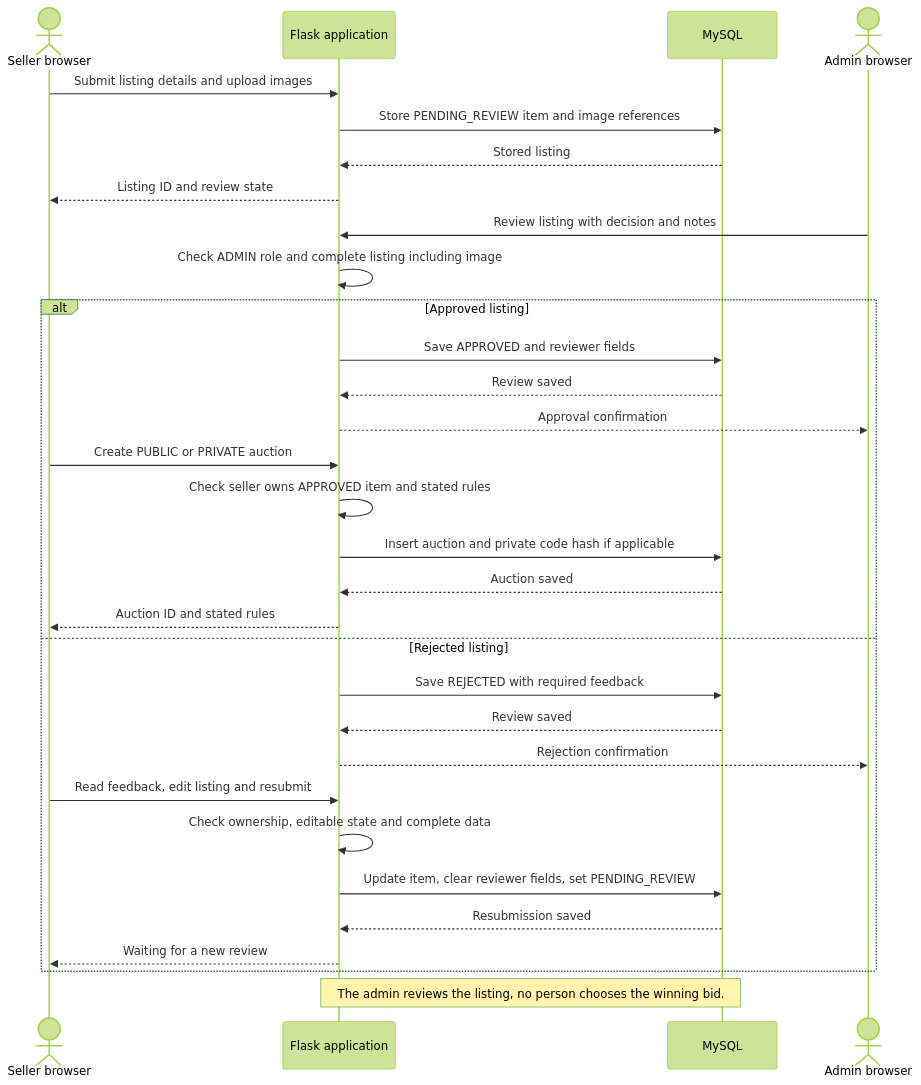
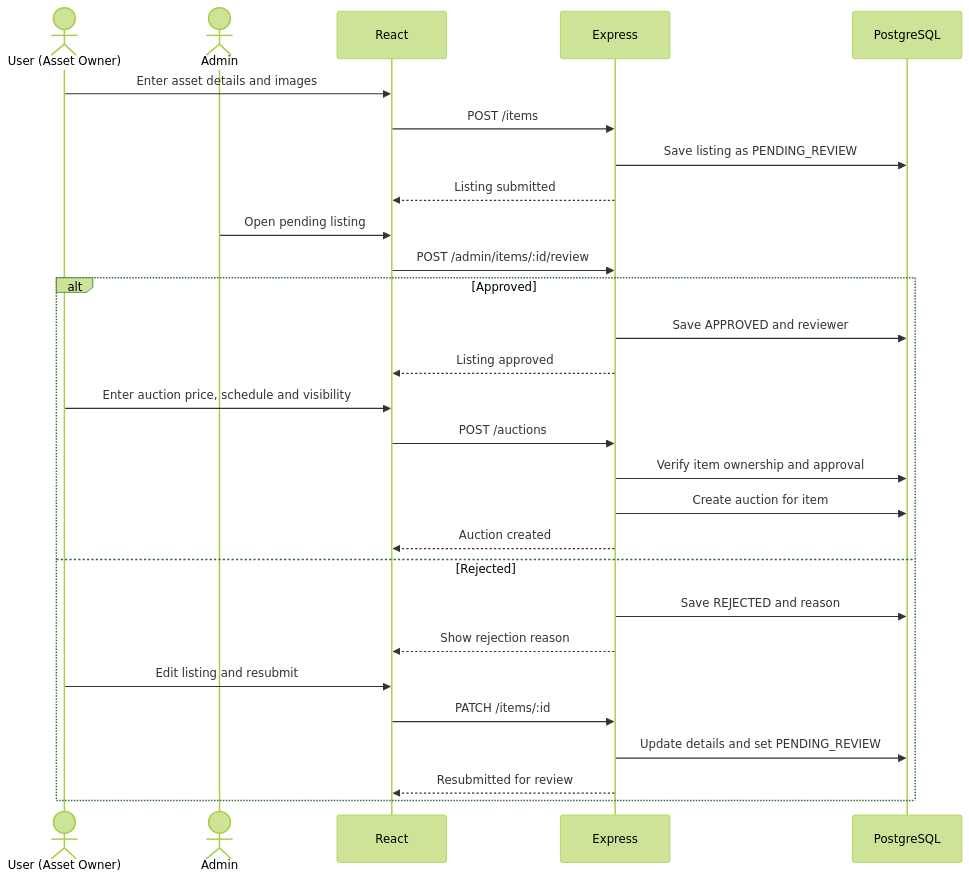
One commit to ghadi0alzhrani0/testing-mz changed the fifth of 8 diagrams in Stage_3/Report.MD. Above: the diagram before and after it, drawn with Mermaid (forest theme). The commit also changed other lines of this file, not shown here.

````diff
--- a/Stage_3/Report.MD
+++ b/Stage_3/Report.MD
@@ -419,35 +352,30 @@
 ```mermaid
 sequenceDiagram
-    actor seller as Seller browser
-    participant app as Flask application
-    participant db as MySQL
-    actor admin as Admin browser
-
-    seller->>app: Submit listing details and upload images
-    app->>db: Store PENDING_REVIEW item and image references
-    db-->>app: Stored listing
-    app-->>seller: Listing ID and review state
-    admin->>app: Review listing with decision and notes
-    app->>app: Check ADMIN role and complete listing including image
-
-    alt Approved listing
-        app->>db: Save APPROVED and reviewer fields
-        db-->>app: Review saved
-        app-->>admin: Approval confirmation
-        seller->>app: Create PUBLIC or PRIVATE auction
-        app->>app: Check seller owns APPROVED item and stated rules
-        app->>db: Insert auction and private code hash if applicable
-        db-->>app: Auction saved
-        app-->>seller: Auction ID and stated rules
-    else Rejected listing
-        app->>db: Save REJECTED with required feedback
-        db-->>app: Review saved
-        app-->>admin: Rejection confirmation
-        seller->>app: Read feedback, edit listing and resubmit
-        app->>app: Check ownership, editable state and complete data
-        app->>db: Update item, clear reviewer fields, set PENDING_REVIEW
-        db-->>app: Resubmission saved
-        app-->>seller: Waiting for a new review
-    end
-    Note over app,db: The admin reviews the listing, no person chooses the winning bid.
+  actor Owner as User (Asset Owner)
+  actor Admin
+  participant UI as React
+  participant API as Express
+  participant DB as PostgreSQL
+  Owner->>UI: Enter asset details and images
+  UI->>API: POST /items
+  API->>DB: Save listing as PENDING_REVIEW
+  API-->>UI: Listing submitted
+  Admin->>UI: Open pending listing
+  UI->>API: POST /admin/items/:id/review
+  alt Approved
+    API->>DB: Save APPROVED and reviewer
+    API-->>UI: Listing approved
+    Owner->>UI: Enter auction price, schedule and visibility
+    UI->>API: POST /auctions
+    API->>DB: Verify item ownership and approval
+    API->>DB: Create auction for item
+    API-->>UI: Auction created
+  else Rejected
+    API->>DB: Save REJECTED and reason
+    API-->>UI: Show rejection reason
+    Owner->>UI: Edit listing and resubmit
+    UI->>API: PATCH /items/:id
+    API->>DB: Update details and set PENDING_REVIEW
+    API-->>UI: Resubmitted for review
+  end
 ```
````
